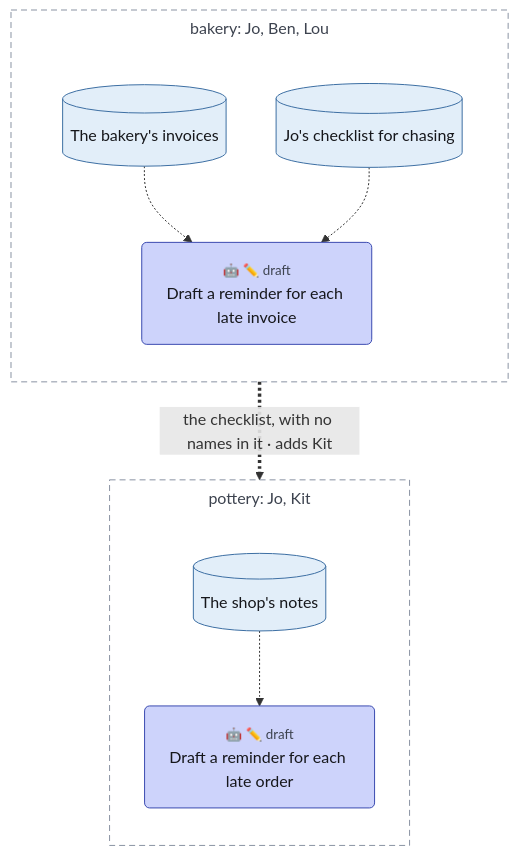
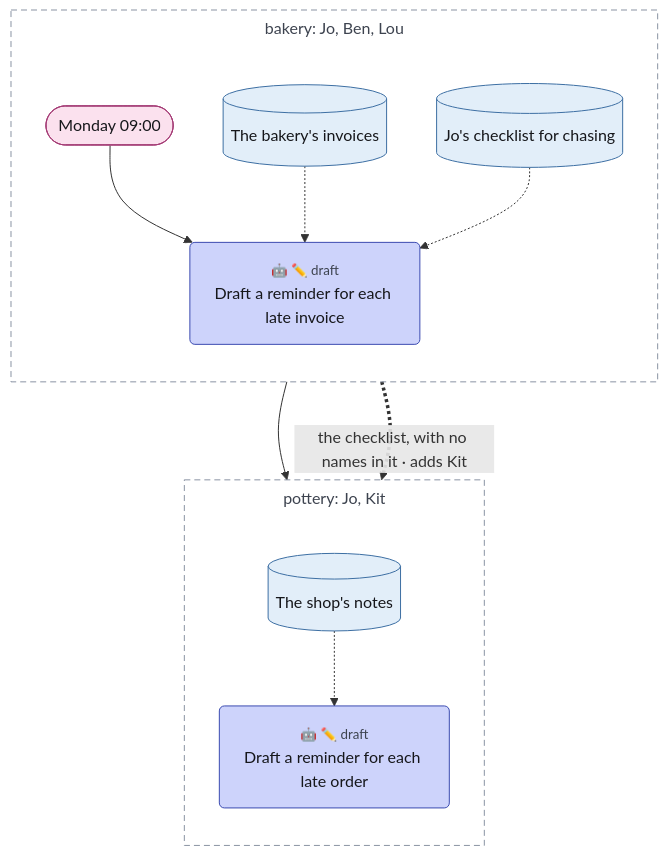
Before and after one commit to chrismdp/awml: the diagram in examples/tour/05-side-by-side.mmd, drawn with Mermaid. The commit also changed 65 other files, not shown here.

```diff
--- a/examples/tour/05-side-by-side.mmd
+++ b/examples/tour/05-side-by-side.mmd
@@ -1,42 +1,46 @@
 ---
 config:
   theme: default
   fontFamily: Inter, sans-serif
   flowchart:
     useMaxWidth: false
     subGraphTitleMargin:
       top: 6
       bottom: 30
 ---
 flowchart TB
   subgraph bakery["bakery#58; Jo#44; Ben#44; Lou"]
     direction TB
+    monday(["Monday 09#58;00"])
     invoices[("The bakery#39;s invoices")]
     checklist[("Jo#39;s checklist for chasing")]
     chase("<small style='color:rgb(61,67,79)'>🤖 ✏️ draft</small><br>Draft a reminder for each late invoice")
   end
   subgraph pottery["pottery#58; Jo#44; Kit"]
     direction TB
     shop_notes[("The shop#39;s notes")]
     remind("<small style='color:rgb(61,67,79)'>🤖 ✏️ draft</small><br>Draft a reminder for each late order")
   end
 
+  monday --> chase
+  chase --> remind
   invoices -.-> chase
   checklist -.-> chase
   checklist ==>|"the checklist#44; with no names in it · adds Kit"| shop_notes
   shop_notes -.-> remind
   classDef trig fill:#fbe1ee,stroke:#a33a74,color:#16171b
   classDef ctx fill:#e2eef9,stroke:#3d6fa3,color:#16171b
   classDef con fill:#eceef2,stroke:#5d6472,color:#16171b
   classDef surf fill:#ffffff,stroke:#2a2d35,stroke-width:1.5px,color:#16171b
   classDef out fill:#fde4dc,stroke:#b5532f,color:#16171b
   classDef ai fill:#cdd3fb,stroke:#3b4bb0,color:#16171b
   classDef code fill:#c4e3d1,stroke:#2b7a4f,color:#16171b
   classDef person fill:#f7d79a,stroke:#9a6100,color:#16171b
   classDef uml fill:#16171b,stroke:#16171b,color:#16171b
   classDef gap fill:#ffffff,stroke:#8a93a3,stroke-dasharray:4 3,color:#6b7280
+  class monday trig
   class invoices,checklist,shop_notes ctx
   class chase,remind ai
   style bakery fill:transparent,stroke:#8a93a3,stroke-dasharray:6 4,color:#3d434f
   style pottery fill:transparent,stroke:#8a93a3,stroke-dasharray:6 4,color:#3d434f
-  linkStyle 2 stroke-dasharray:3
+  linkStyle 4 stroke-dasharray:3
```
